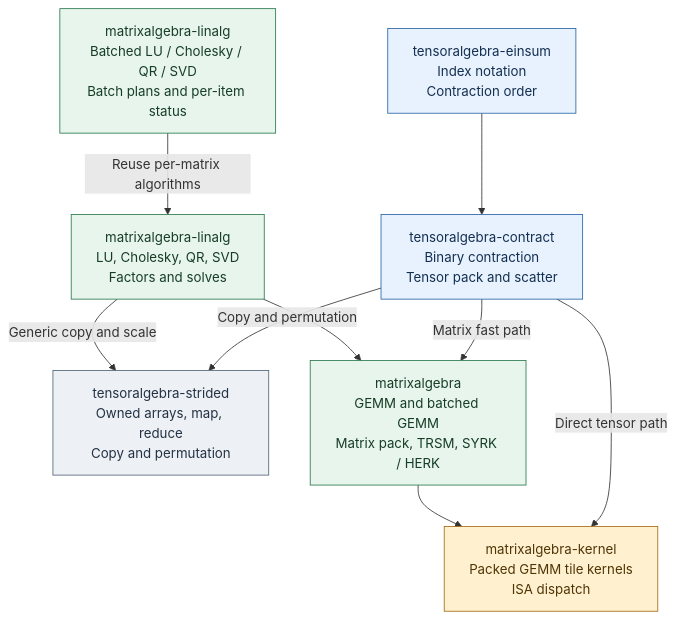
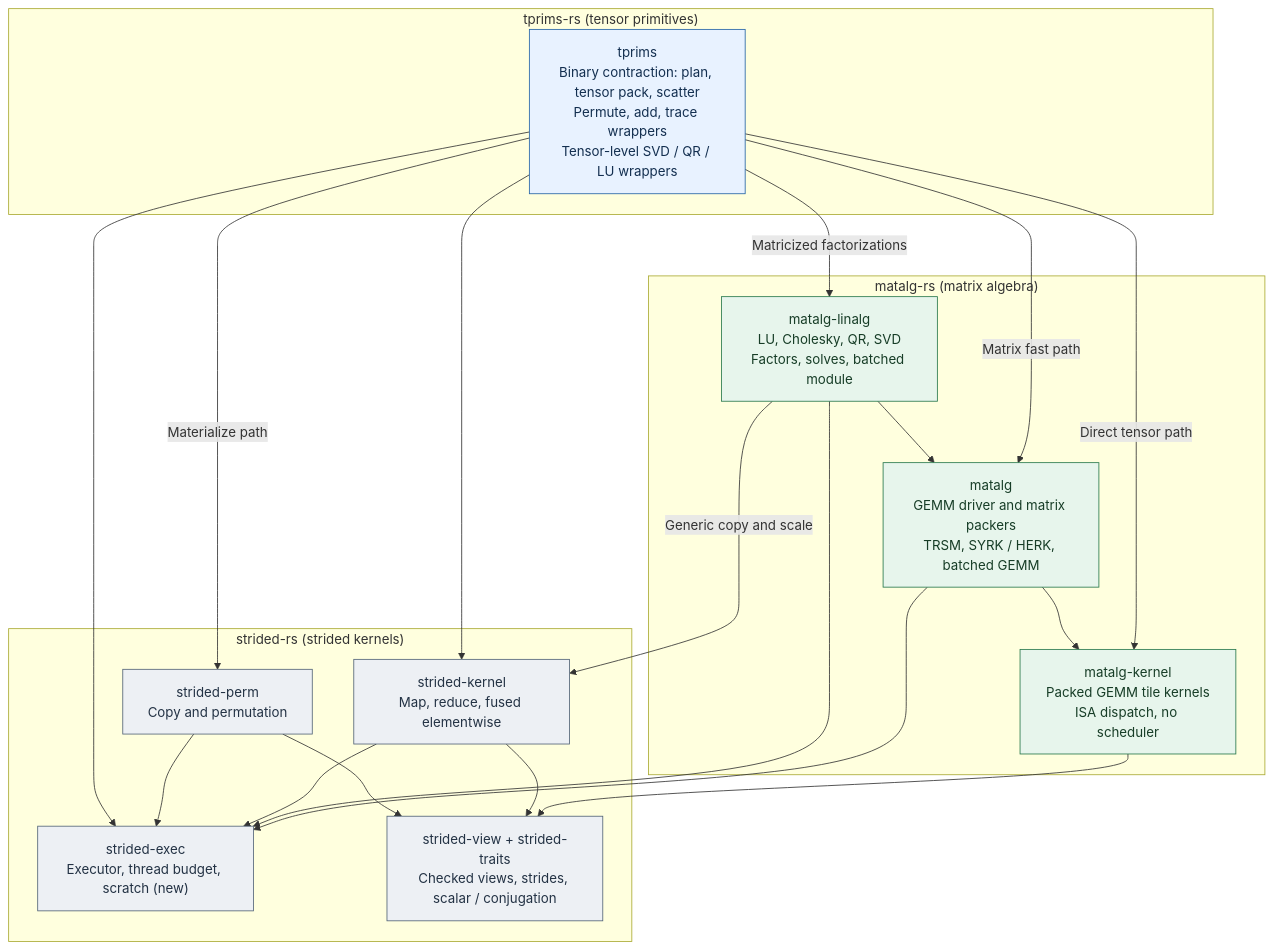
One commit to shinaoka/tensoralgebra-rs changed the first of 4 diagrams in README.md. Above: the diagram before and after it, drawn with Mermaid. The commit also changed other lines of this file and 3 other files, not shown here.

First line of the commit message:
Restructure into strided-rs / matalg-rs / tprims-rs layers

````diff
--- a/README.md
+++ b/README.md
@@ -18,26 +18,38 @@
 ```mermaid
 flowchart TB
-    E["tensoralgebra-einsum<br/>Index notation<br/>Contraction order"]
-    C["tensoralgebra-contract<br/>Binary contraction<br/>Tensor pack and scatter"]
-    S["tensoralgebra-strided<br/>Owned arrays, map, reduce<br/>Copy and permutation"]
-    B["matrixalgebra-linalg<br/>Batched LU / Cholesky / QR / SVD<br/>Batch plans and per-item status"]
-    L["matrixalgebra-linalg<br/>LU, Cholesky, QR, SVD<br/>Factors and solves"]
-    M["matrixalgebra<br/>GEMM and batched GEMM<br/>Matrix pack, TRSM, SYRK / HERK"]
-    K["matrixalgebra-kernel<br/>Packed GEMM tile kernels<br/>ISA dispatch"]
-    E --> C
-    B -->|"Reuse per-matrix algorithms"| L
-    L --> M
-    L -->|"Generic copy and scale"| S
-    M --> K
-    C -->|"Copy and permutation"| S
-    C -->|"Matrix fast path"| M
-    C -->|"Direct tensor path"| K
+    subgraph T["tprims-rs (tensor primitives)"]
+        TP["tprims<br/>Binary contraction: plan, tensor pack, scatter<br/>Permute, add, trace wrappers<br/>Tensor-level SVD / QR / LU wrappers"]
+    end
+    subgraph M["matalg-rs (matrix algebra)"]
+        ML["matalg-linalg<br/>LU, Cholesky, QR, SVD<br/>Factors, solves, batched module"]
+        MA["matalg<br/>GEMM driver and matrix packers<br/>TRSM, SYRK / HERK, batched GEMM"]
+        MK["matalg-kernel<br/>Packed GEMM tile kernels<br/>ISA dispatch, no scheduler"]
+    end
+    subgraph S["strided-rs (strided kernels)"]
+        SK["strided-kernel<br/>Map, reduce, fused elementwise"]
+        SP["strided-perm<br/>Copy and permutation"]
+        SE["strided-exec<br/>Executor, thread budget, scratch (new)"]
+        SV["strided-view + strided-traits<br/>Checked views, strides, scalar / conjugation"]
+    end
+    TP -->|"Direct tensor path"| MK
+    TP -->|"Matrix fast path"| MA
+    TP -->|"Matricized factorizations"| ML
+    TP -->|"Materialize path"| SP
+    TP --> SK
+    ML --> MA --> MK
+    ML -->|"Generic copy and scale"| SK
+    MK --> SV
+    MA --> SE
+    ML --> SE
+    SK --> SV
+    SP --> SV
+    SK --> SE
+    SP --> SE
+    TP --> SE
     classDef tensorLayer fill:#e8f2ff,stroke:#2563a6,color:#132f50
     classDef matrixLayer fill:#e7f5ec,stroke:#28784c,color:#173d27
-    classDef kernelLayer fill:#fff1cf,stroke:#a36b12,color:#503507
     classDef sharedLayer fill:#edf0f4,stroke:#536477,color:#233244
-    class E,C tensorLayer
-    class S sharedLayer
-    class B,L,M matrixLayer
-    class K kernelLayer
+    class TP tensorLayer
+    class ML,MA,MK matrixLayer
+    class SK,SP,SE,SV sharedLayer
 ```
````
